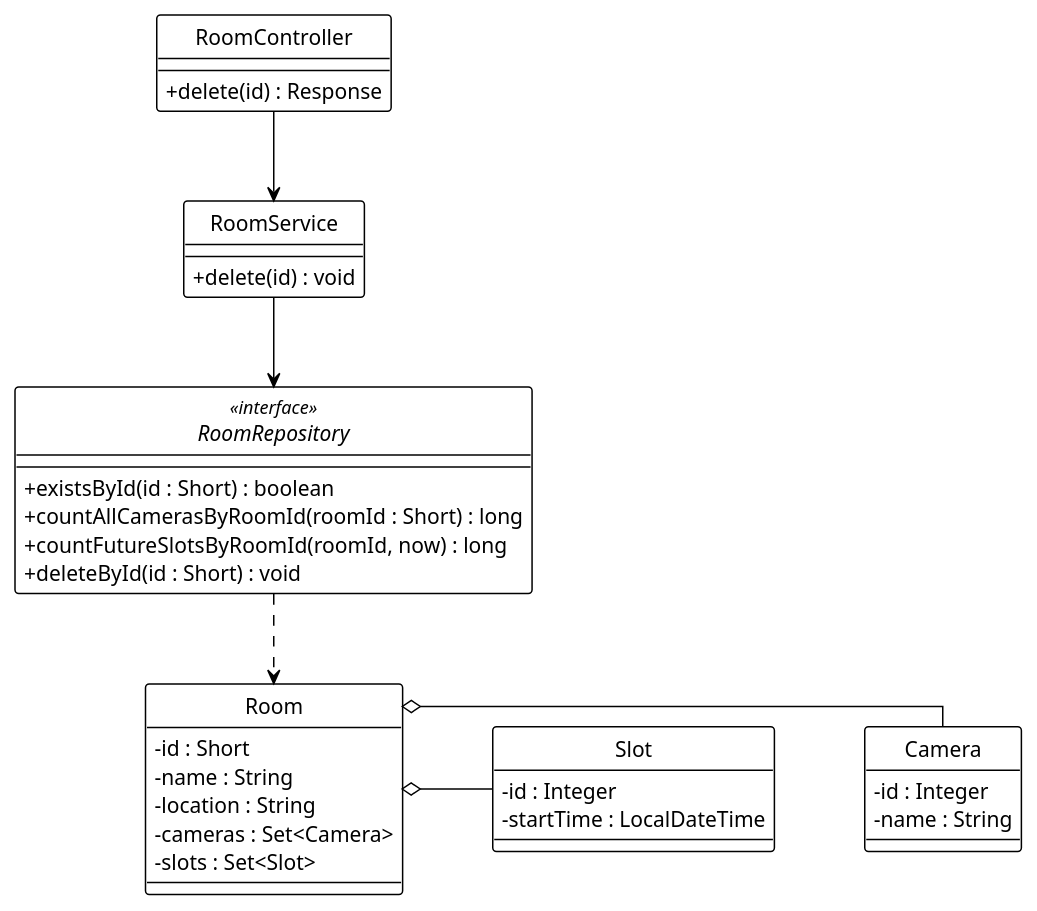
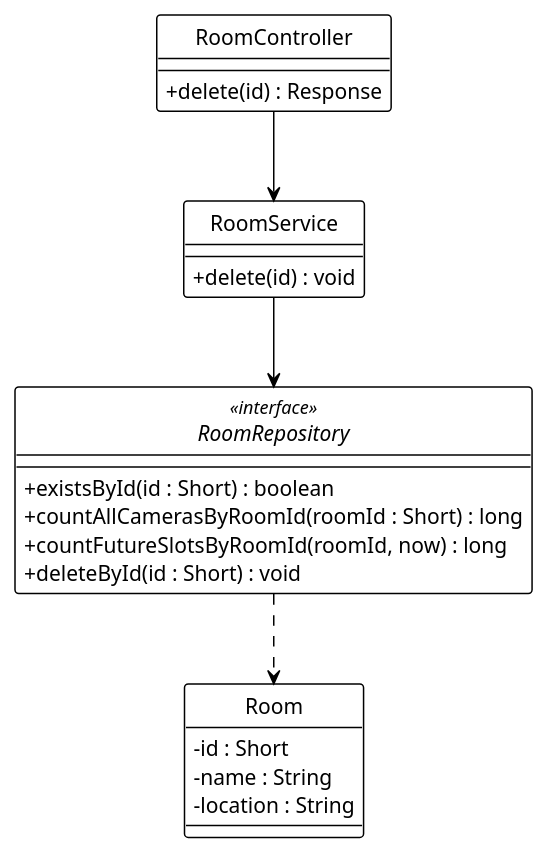
One commit to Ndh474/context changed the diagram in system_detailed_design/59_delete_room/class_diagram_delete_room.puml. Above: the diagram before and after it, drawn with PlantUML. The commit also changed 14 other files, not shown here.

```diff
--- a/system_detailed_design/59_delete_room/class_diagram_delete_room.puml
+++ b/system_detailed_design/59_delete_room/class_diagram_delete_room.puml
@@ -1,59 +1,43 @@
 @startuml delete_room
 !theme plain
 hide circle
 skinparam classAttributeIconSize 0
 
 ' --- CẤU HÌNH "ORTHO" (BẮT BUỘC) ---
 skinparam linetype ortho
 skinparam nodesep 60
 skinparam ranksep 60
 
 ' --- CONTROLLER ---
 class RoomController {
   + delete(id) : Response
 }
 
 ' --- SERVICE ---
 class RoomService {
   + delete(id) : void
 }
 
 ' --- REPOSITORY ---
 interface RoomRepository <<interface>> {
   + existsById(id : Short) : boolean
   + countAllCamerasByRoomId(roomId : Short) : long
   + countFutureSlotsByRoomId(roomId, now) : long
   + deleteById(id : Short) : void
 }
 
 ' --- ENTITIES ---
 class Room {
   - id : Short
   - name : String
   - location : String
-  - cameras : Set<Camera>
-  - slots : Set<Slot>
-}
-
-class Camera {
-  - id : Integer
-  - name : String
-}
-
-class Slot {
-  - id : Integer
-  - startTime : LocalDateTime
 }
 
 ' --- DEPENDENCY INJECTION (Association) ---
 RoomController -down-> RoomService
 RoomService -down-> RoomRepository
 
 ' --- REPOSITORY USAGE (Dependency) ---
 RoomRepository .down.> Room
 
-' --- ENTITY RELATIONSHIPS (Aggregation) ---
-Room o-right- Camera
-Room o-right- Slot
-
 @enduml
```
